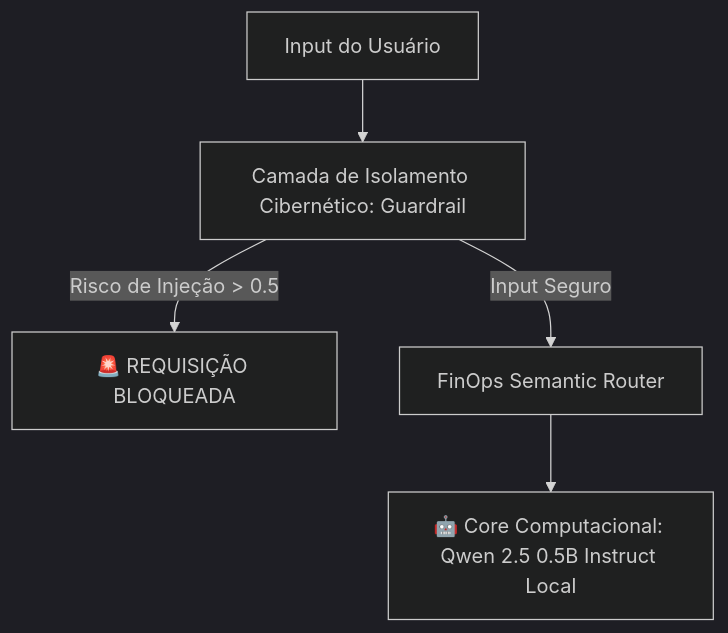
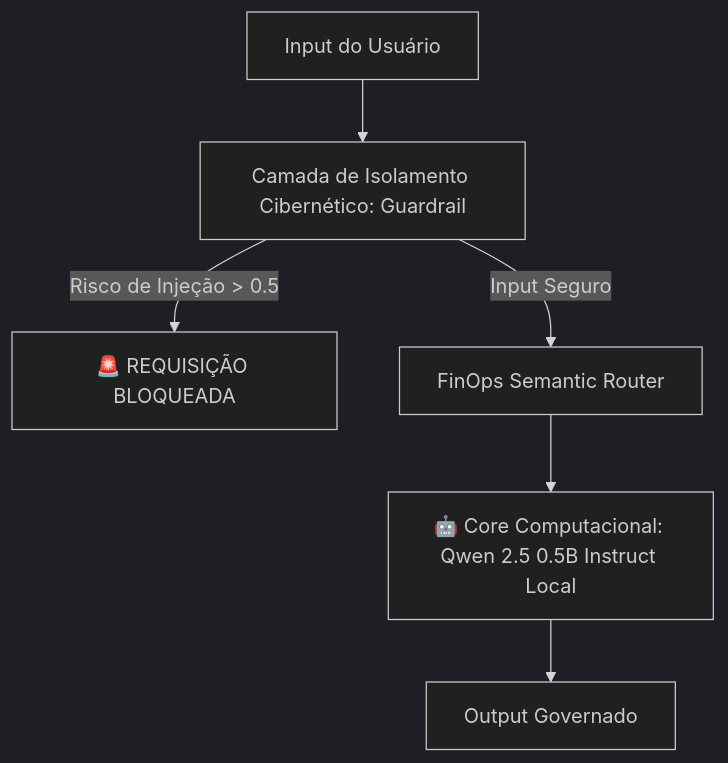
The diagram in README.md (lisboadati123/prompt-engineering-lab), drawn with Mermaid (dark theme) before and after one commit. The commit also changed other lines of this file, not shown here.

````diff
--- a/README.md
+++ b/README.md
@@ -7,7 +9,8 @@
 ```mermaid
 graph TD
     A[Input do Usuário] --> B[Camada de Isolamento Cibernético: Guardrail]
     B -- Risco de Injeção > 0.5 --> C[🚨 REQUISIÇÃO BLOQUEADA]
     B -- Input Seguro --> D[FinOps Semantic Router]
     D --> E[🤖 Core Computacional: Qwen 2.5 0.5B Instruct Local]
+    E --> F[Output Governado]
 ```
````
